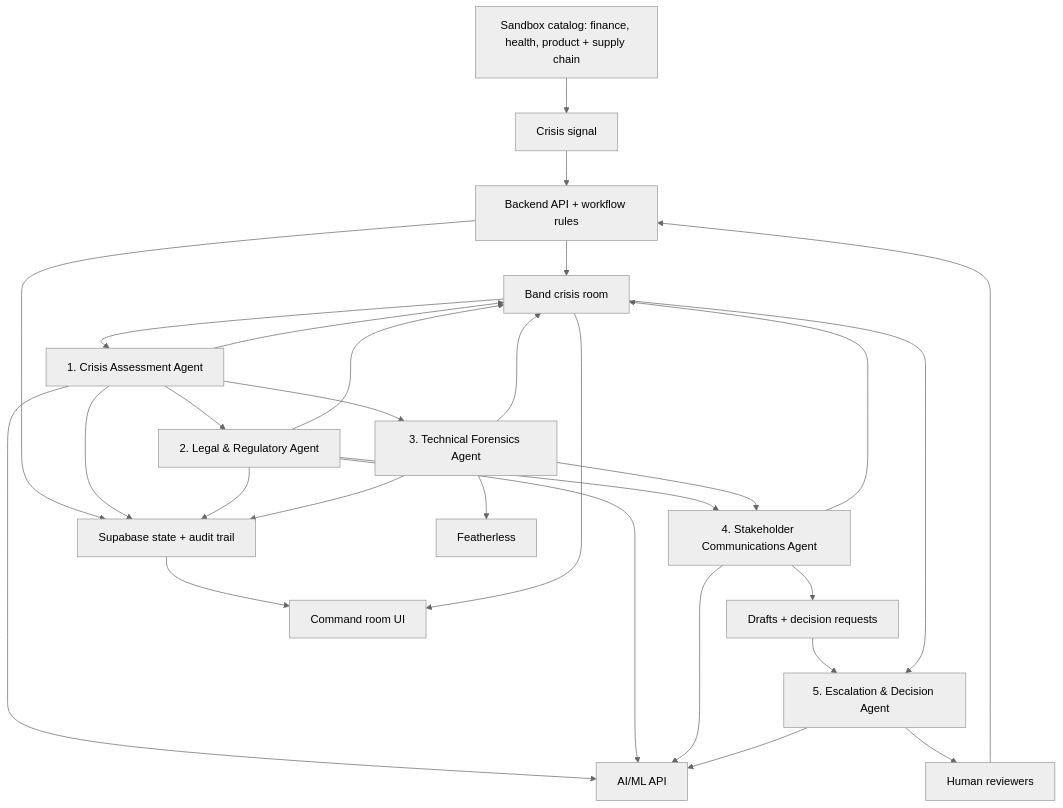
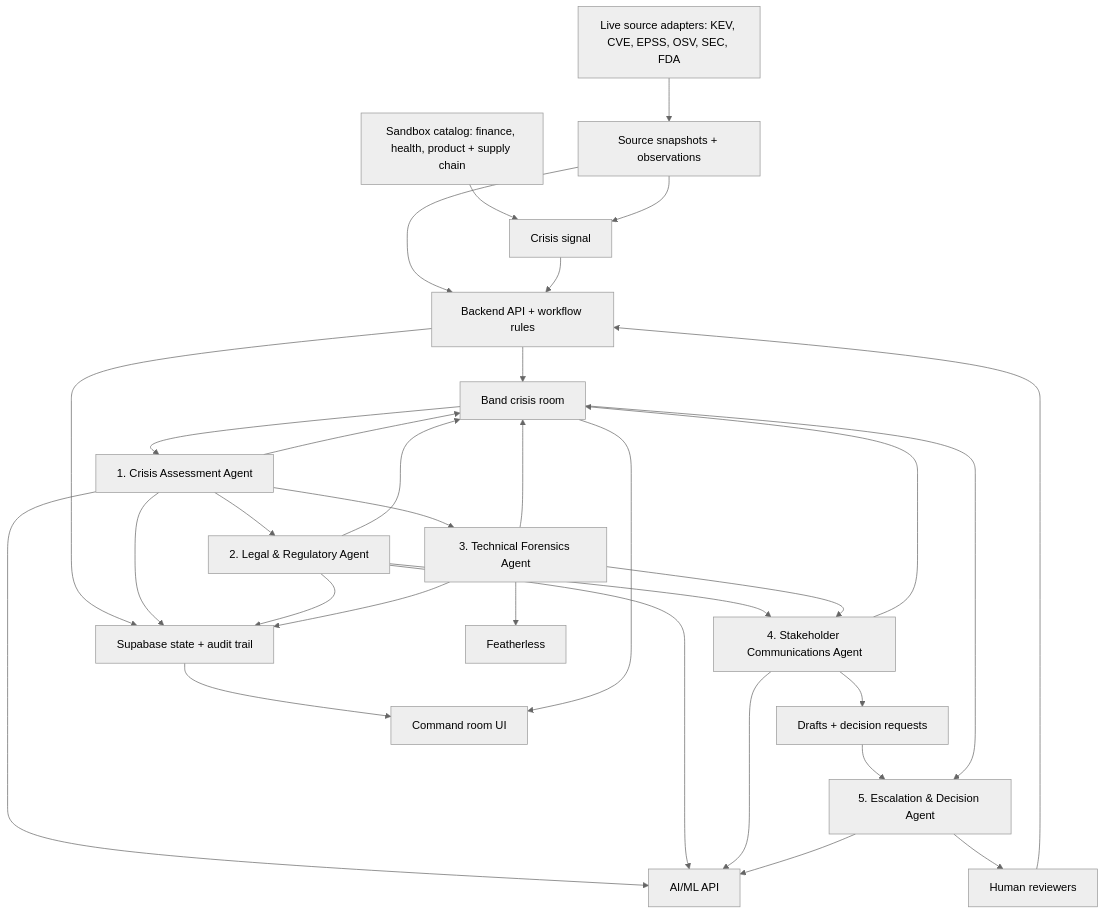
One commit to Dr-mkelvo/crisiscoord changed the diagram in docs/product/master-implementation-guide.md. Above: the diagram before and after it, drawn with Mermaid (neutral theme). The commit also changed other lines of this file and 16 other files, not shown here.

````diff
--- a/docs/product/master-implementation-guide.md
+++ b/docs/product/master-implementation-guide.md
@@ -53,47 +55,52 @@
 ```mermaid
 flowchart TD
   CrisisSignal["Crisis signal"]
   SandboxCatalog["Sandbox catalog: finance, health, product + supply chain"]
+  LiveSourceAdapters["Live source adapters: KEV, CVE, EPSS, OSV, SEC, FDA"]
+  SourceSnapshots["Source snapshots + observations"]
   BackendRules["Backend API + workflow rules"]
   SupabaseAudit["Supabase state + audit trail"]
   BandRoom["Band crisis room"]
   AssessmentAgent["1. Crisis Assessment Agent"]
   LegalAgent["2. Legal & Regulatory Agent"]
   TechnicalAgent["3. Technical Forensics Agent"]
   CommunicationsAgent["4. Stakeholder Communications Agent"]
   EscalationAgent["5. Escalation & Decision Agent"]
   AIMLAPI["AI/ML API"]
   Featherless["Featherless"]
   HumanReview["Human reviewers"]
   DraftsDecisions["Drafts + decision requests"]
   UICommandRoom["Command room UI"]
 
   SandboxCatalog --> CrisisSignal
+  LiveSourceAdapters --> SourceSnapshots
+  SourceSnapshots --> CrisisSignal
+  SourceSnapshots --> BackendRules
   CrisisSignal --> BackendRules
   BackendRules --> SupabaseAudit
   BackendRules --> BandRoom
   BandRoom --> AssessmentAgent
   AssessmentAgent --> AIMLAPI
   AssessmentAgent --> BandRoom
   AssessmentAgent --> SupabaseAudit
   AssessmentAgent --> LegalAgent
   AssessmentAgent --> TechnicalAgent
   LegalAgent --> AIMLAPI
   TechnicalAgent --> Featherless
   LegalAgent --> BandRoom
   TechnicalAgent --> BandRoom
   LegalAgent --> SupabaseAudit
   TechnicalAgent --> SupabaseAudit
   LegalAgent --> CommunicationsAgent
   TechnicalAgent --> CommunicationsAgent
   CommunicationsAgent --> AIMLAPI
   CommunicationsAgent --> DraftsDecisions
   CommunicationsAgent --> BandRoom
   DraftsDecisions --> EscalationAgent
   BandRoom --> EscalationAgent
   EscalationAgent --> AIMLAPI
   EscalationAgent --> HumanReview
   HumanReview --> BackendRules
   SupabaseAudit --> UICommandRoom
   BandRoom --> UICommandRoom
 ```
````
